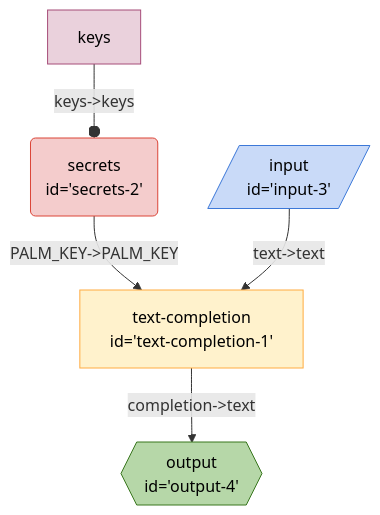
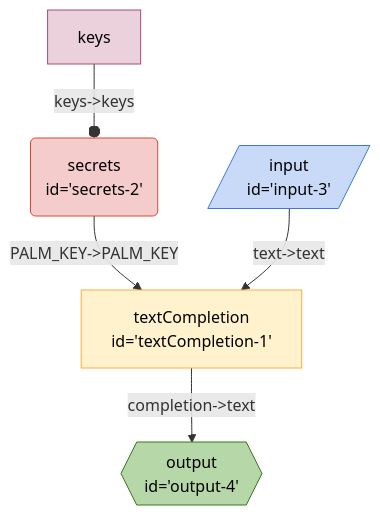
One commit to breadboard-ai/breadboard changed the diagram in seeds/graph-playground/docs/graphs/simplest.md. Above: the diagram before and after it, drawn with Mermaid. The commit also changed 41 other files, not shown here.

````diff
--- a/seeds/graph-playground/docs/graphs/simplest.md
+++ b/seeds/graph-playground/docs/graphs/simplest.md
@@ -5,22 +5,22 @@
   ```mermaid
   %%{init: 'themeVariables': { 'fontFamily': 'Fira Code, monospace' }}%%
 graph TD;
 secrets2("secrets
-id='secrets-2'"):::secrets -- "PALM_KEY->PALM_KEY" --> textcompletion1["text-completion
-id='text-completion-1'"]
-textcompletion1["text-completion
-id='text-completion-1'"] -- "completion->text" --> output4{{"output
+id='secrets-2'"):::secrets -- "PALM_KEY->PALM_KEY" --> textCompletion1["textCompletion
+id='textCompletion-1'"]
+textCompletion1["textCompletion
+id='textCompletion-1'"] -- "completion->text" --> output4{{"output
 id='output-4'"}}:::output
 input3[/"input
-id='input-3'"/]:::input -- "text->text" --> textcompletion1["text-completion
-id='text-completion-1'"]
+id='input-3'"/]:::input -- "text->text" --> textCompletion1["textCompletion
+id='textCompletion-1'"]
 keyssecrets2[keys]:::config -- "keys->keys" --o secrets2
 classDef default stroke:#ffab40,fill:#fff2ccff,color:#000
 classDef input stroke:#3c78d8,fill:#c9daf8ff,color:#000
 classDef output stroke:#38761d,fill:#b6d7a8ff,color:#000
 classDef passthrough stroke:#a64d79,fill:#ead1dcff,color:#000
 classDef slot stroke:#a64d79,fill:#ead1dcff,color:#000
 classDef config stroke:#a64d79,fill:#ead1dcff,color:#000
 classDef secrets stroke:#db4437,fill:#f4cccc,color:#000
 classDef slotted stroke:#a64d79
   ```
````
